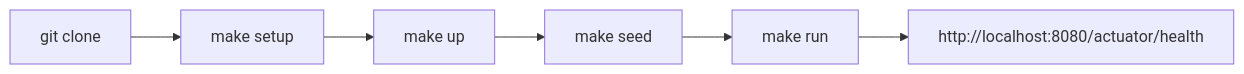
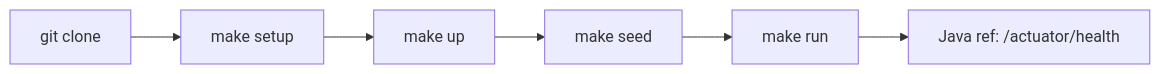
One commit to rishikeshdhokare/platform-manifesto changed the first of 2 diagrams in 06-developer-guides/10-local-development.md. Above: the diagram before and after it, drawn with Mermaid. The commit also changed other lines of this file and 64 other files, not shown here.

````diff
--- a/06-developer-guides/10-local-development.md
+++ b/06-developer-guides/10-local-development.md
@@ -51,8 +58,8 @@
 ```mermaid
 flowchart LR
     A[git clone] --> B[make setup]
     B --> C[make up]
     C --> D[make seed]
     D --> E[make run]
-    E --> F["http://localhost:8080/actuator/health"]
+    E --> F["Java ref: /actuator/health"]
 ```
````
